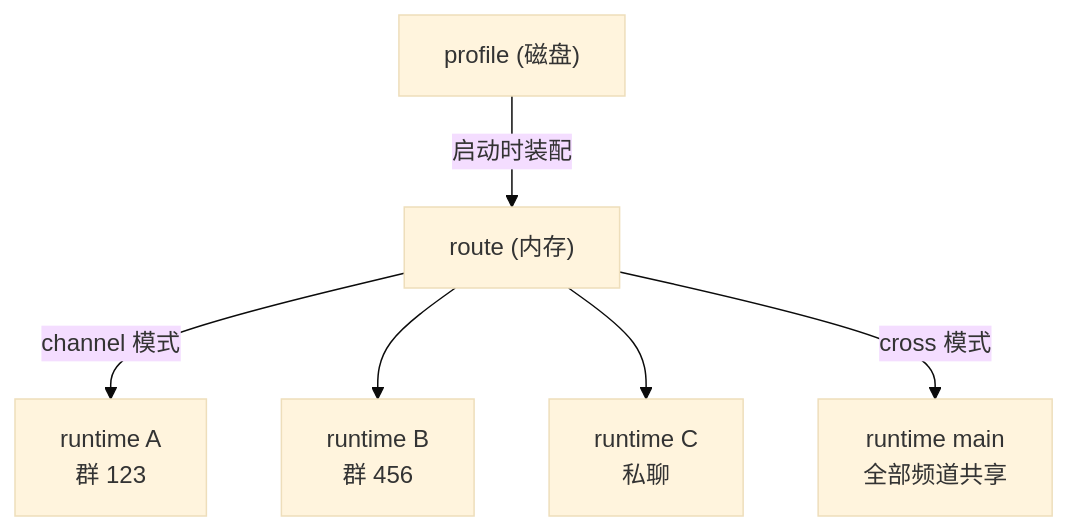
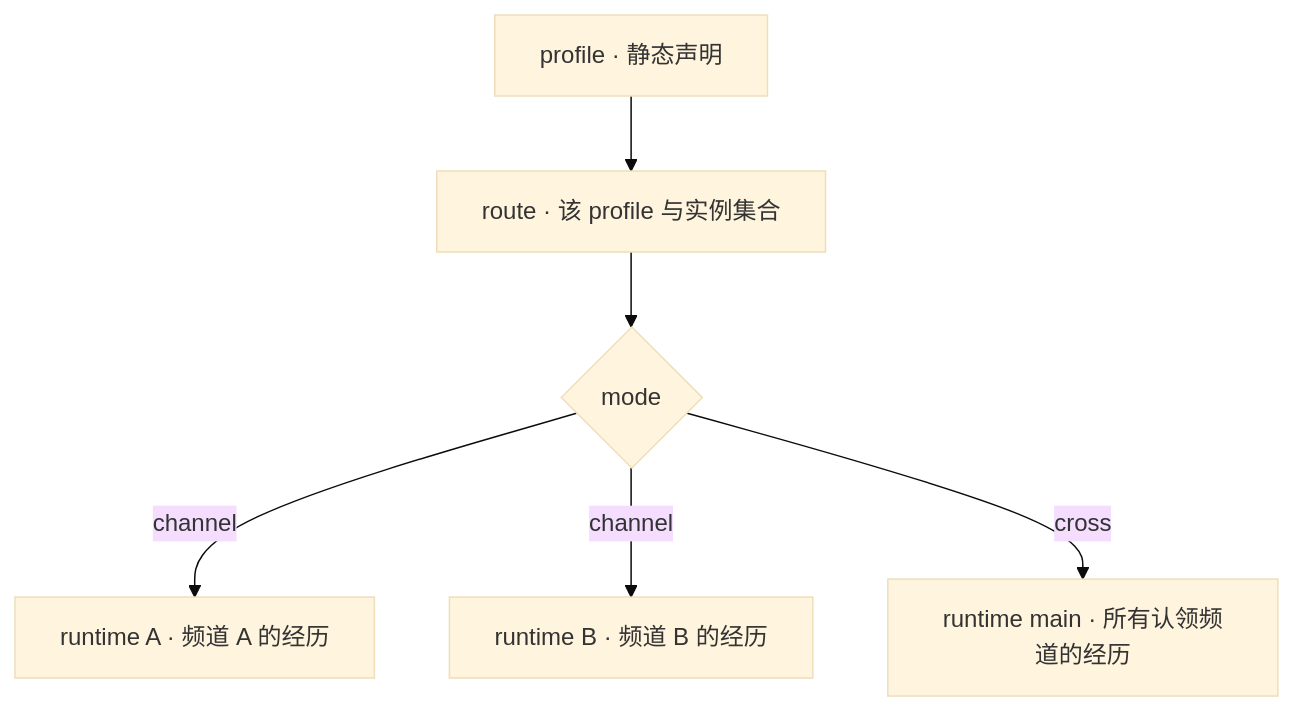
Before and after one commit to YesWeAreBot/ishiki: the diagram in docs/content/docs/explanations/profiles-runtimes.mdx, drawn with Mermaid (base theme). The commit also changed other lines of this file and 21 other files, not shown here.

````diff
--- a/docs/content/docs/explanations/profiles-runtimes.mdx
+++ b/docs/content/docs/explanations/profiles-runtimes.mdx
@@ -16,8 +26,8 @@
 ```mermaid
 flowchart TD
-    P["profile (磁盘)"] -->|启动时装配| R["route (内存)"]
-    R -->|"channel 模式"| R1["runtime A<br/>群 123"]
-    R --> R2["runtime B<br/>群 456"]
-    R --> R3["runtime C<br/>私聊"]
-    R -->|"cross 模式"| M["runtime main<br/>全部频道共享"]
+    P["profile · 静态声明"] --> R["route · 该 profile 与实例集合"]
+    R --> M{mode}
+    M -->|channel| A["runtime A · 频道 A 的经历"]
+    M -->|channel| B["runtime B · 频道 B 的经历"]
+    M -->|cross| C["runtime main · 所有认领频道的经历"]
 ```
````
